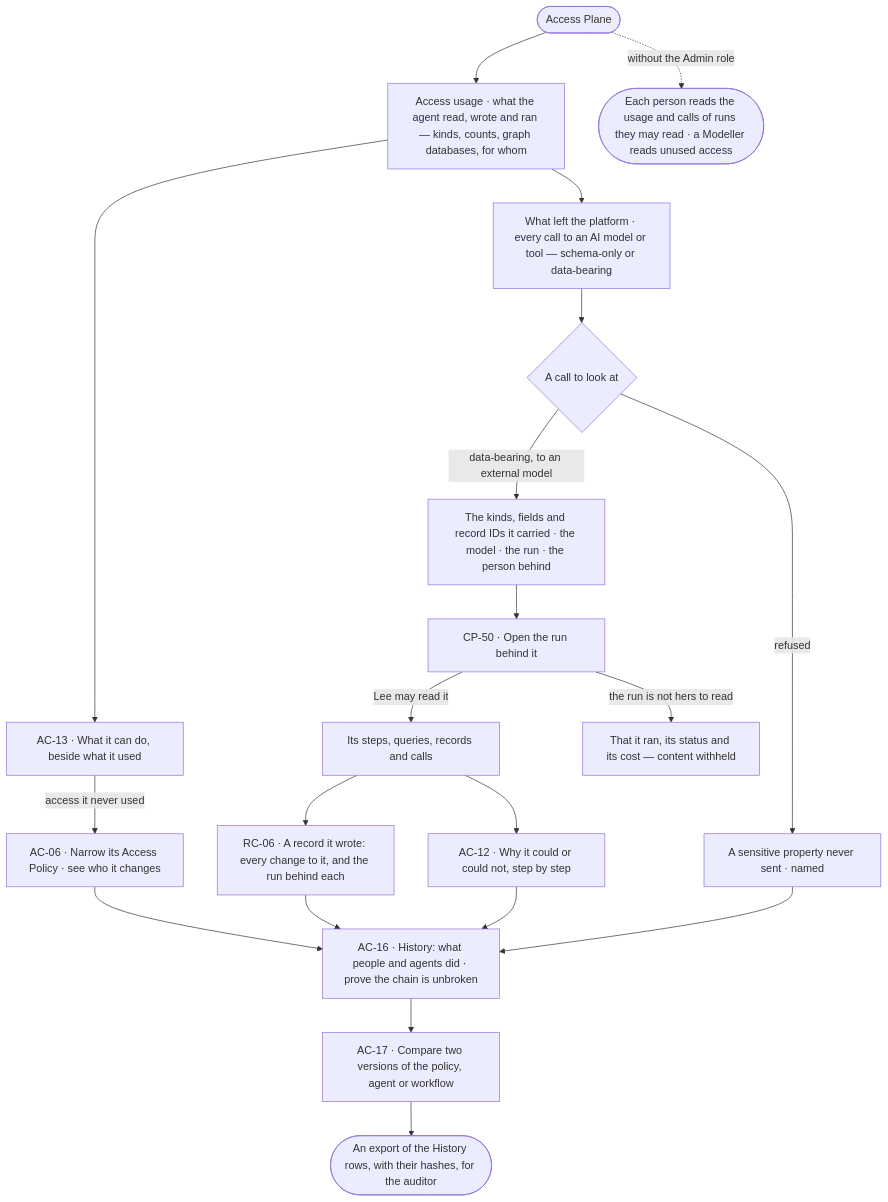
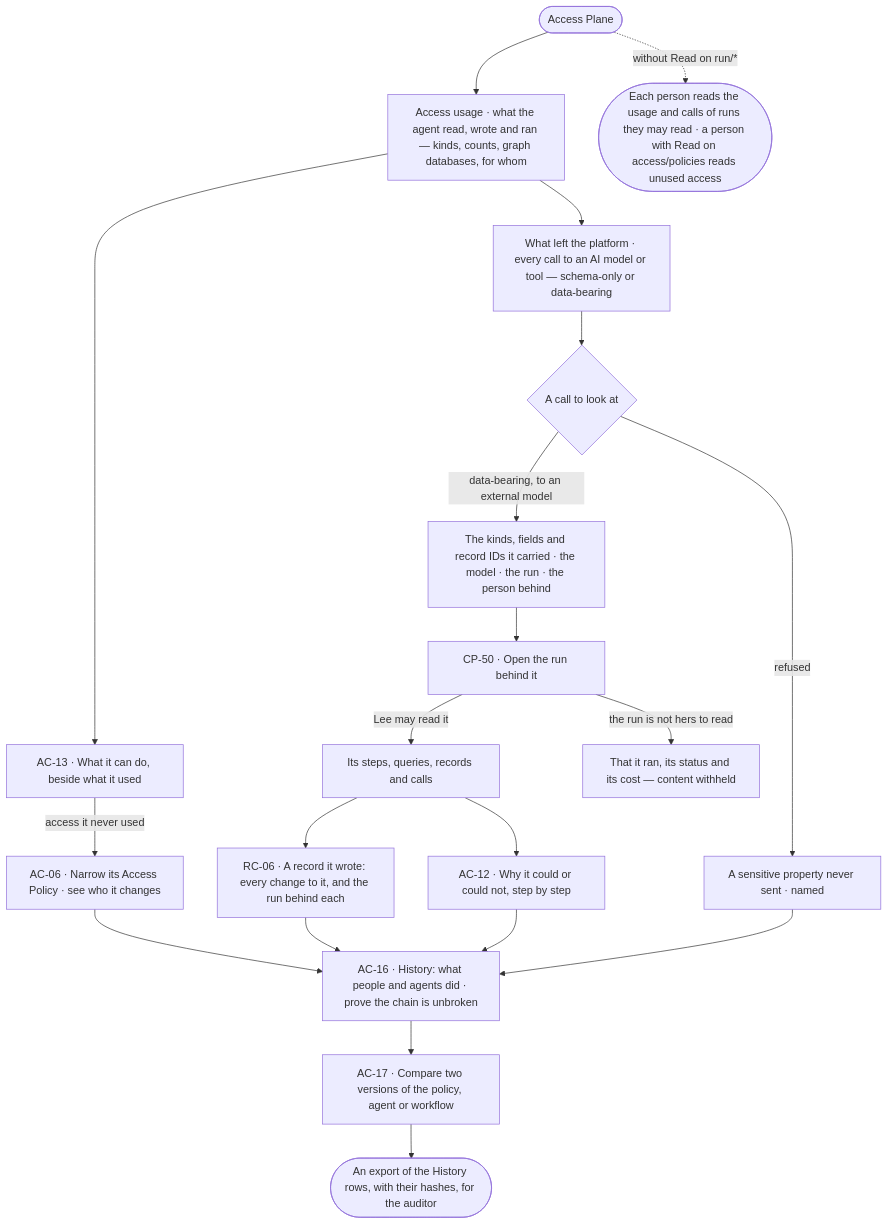
Before and after one commit to invana/invana: the diagram in specs/journeys/J09-audit-what-an-agent-touched-and-what-left-the-platform.md, drawn with Mermaid. The commit also changed other lines of this file and 228 other files, not shown here.

````diff
--- a/specs/journeys/J09-audit-what-an-agent-touched-and-what-left-the-platform.md
+++ b/specs/journeys/J09-audit-what-an-agent-touched-and-what-left-the-platform.md
@@ -16,22 +16,22 @@
 ```mermaid
 flowchart TD
   A([Access Plane]) --> U["Access usage · what the agent read, wrote and ran — kinds, counts, graph databases, for whom"]
   U --> P["AC-13 · What it can do, beside what it used"]
   P -->|access it never used| N["AC-06 · Narrow its Access Policy · see who it changes"]
   U --> O["What left the platform · every call to an AI model or tool — schema-only or data-bearing"]
   O --> O1{"A call to look at"}
   O1 -->|data-bearing, to an external model| O2["The kinds, fields and record IDs it carried · the model · the run · the person behind"]
   O1 -->|refused| O3["A sensitive property never sent · named"]
   O2 --> R["CP-50 · Open the run behind it"]
   R -->|Lee may read it| R1["Its steps, queries, records and calls"]
   R -->|the run is not hers to read| R2["That it ran, its status and its cost — content withheld"]
   R1 --> RC["RC-06 · A record it wrote: every change to it, and the run behind each"]
   R1 --> W["AC-12 · Why it could or could not, step by step"]
   W --> H["AC-16 · History: what people and agents did · prove the chain is unbroken"]
   RC --> H
   N --> H
   O3 --> H
   H --> C["AC-17 · Compare two versions of the policy, agent or workflow"]
   C --> E(["An export of the History rows, with their hashes, for the auditor"])
-  A -.->|without the Admin role| NA(["Each person reads the usage and calls of runs they may read · a Modeller reads unused access"])
+  A -.->|without Read on run/*| NA(["Each person reads the usage and calls of runs they may read · a person with Read on access/policies reads unused access"])
 ```
````
